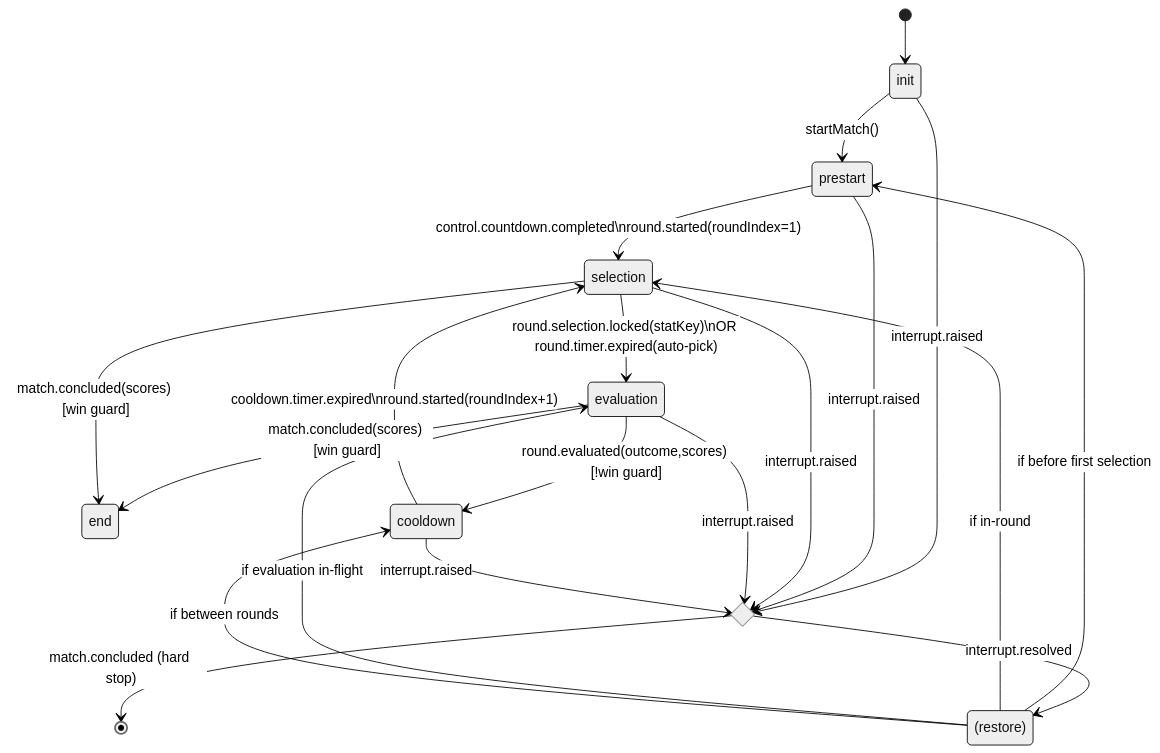
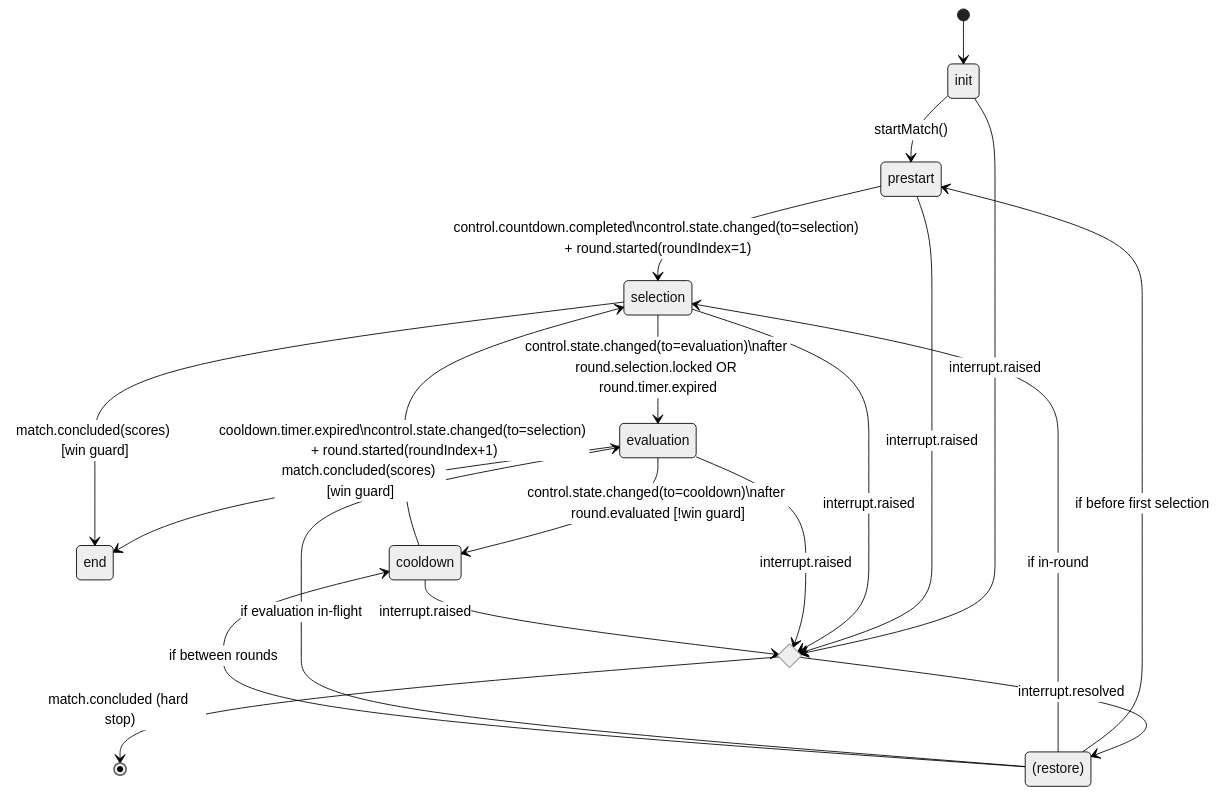
The second of 2 diagrams in design/productRequirementsDocuments/prdBattleEngine.md (CyanAutomation/judokon), drawn with Mermaid (neutral theme) before and after one commit. The commit also changed other lines of this file and 2 other files, not shown here.

Commit message:
docs: align Mermaid event naming with canonical battle contracts (#5687)

````diff
--- a/design/productRequirementsDocuments/prdBattleEngine.md
+++ b/design/productRequirementsDocuments/prdBattleEngine.md
@@ -216,28 +223,28 @@
 ```mermaid
 stateDiagram-v2
   [*] --> init
 
   init --> prestart: startMatch()
-  prestart --> selection: control.countdown.completed\nround.started(roundIndex=1)
+  prestart --> selection: control.countdown.completed\ncontrol.state.changed(to=selection) + round.started(roundIndex=1)
 
-  selection --> evaluation: round.selection.locked(statKey)\nOR round.timer.expired(auto-pick)
+  selection --> evaluation: control.state.changed(to=evaluation)\nafter round.selection.locked OR round.timer.expired
   evaluation --> end: match.concluded(scores) [win guard]
-  evaluation --> cooldown: round.evaluated(outcome,scores) [!win guard]
+  evaluation --> cooldown: control.state.changed(to=cooldown)\nafter round.evaluated [!win guard]
 
-  cooldown --> selection: cooldown.timer.expired\nround.started(roundIndex+1)
+  cooldown --> selection: cooldown.timer.expired\ncontrol.state.changed(to=selection) + round.started(roundIndex+1)
   selection --> end: match.concluded(scores) [win guard]
 
   state interrupted <<choice>>
   init --> interrupted: interrupt.raised
   prestart --> interrupted: interrupt.raised
   selection --> interrupted: interrupt.raised
   evaluation --> interrupted: interrupt.raised
   cooldown --> interrupted: interrupt.raised
   interrupted --> [*]: match.concluded (hard stop)
   interrupted --> (restore): interrupt.resolved
 
   (restore) --> prestart: if before first selection
   (restore) --> selection: if in-round
   (restore) --> evaluation: if evaluation in-flight
   (restore) --> cooldown: if between rounds
 ```
````
